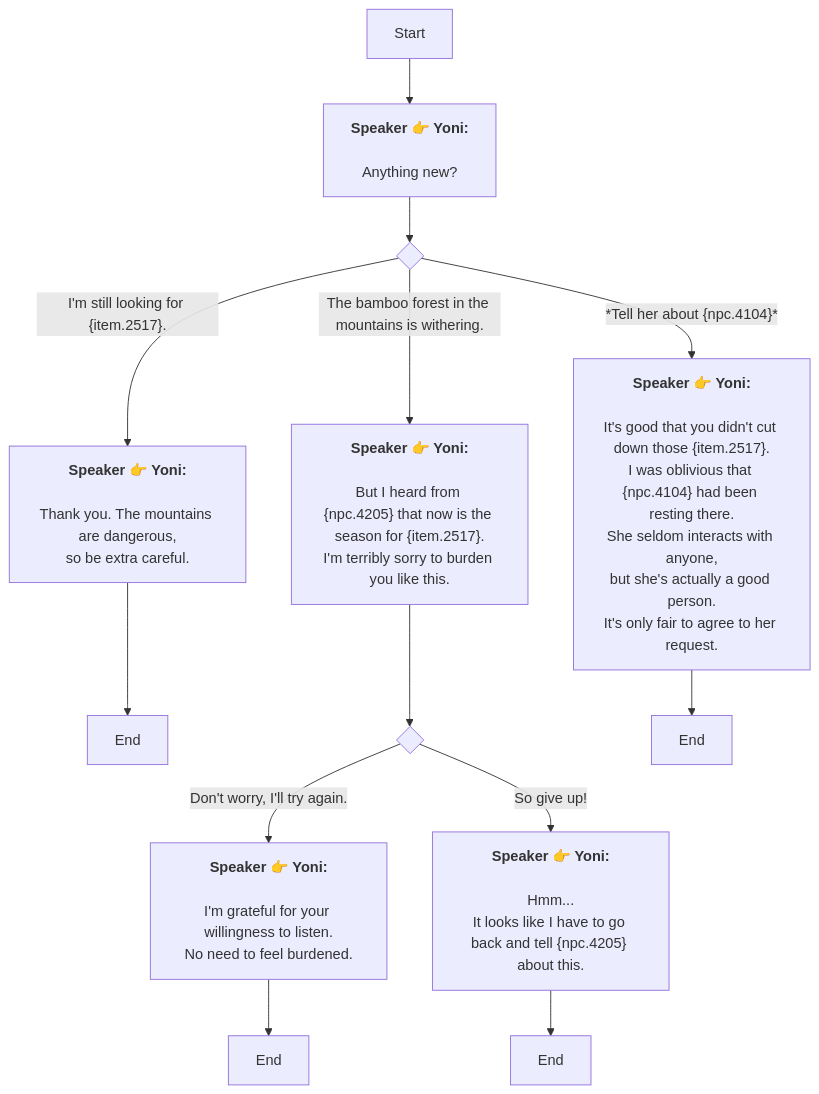
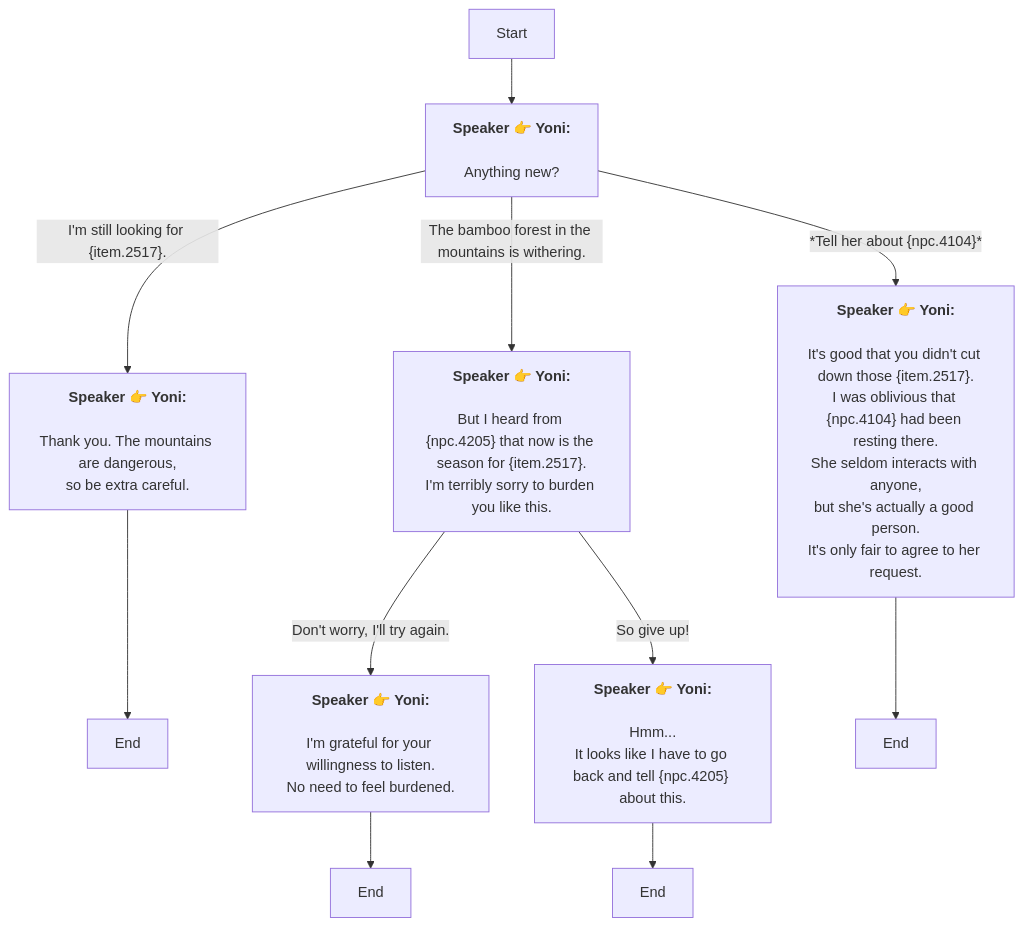
The diagram in En/AddDialogNode_1738348779293777.md (SoftHu/tos_avg), drawn with Mermaid before and after one commit. The commit also changed 737 other files, not shown here.

````diff
--- a/En/AddDialogNode_1738348779293777.md
+++ b/En/AddDialogNode_1738348779293777.md
@@ -1,36 +1,27 @@
 ```mermaid
 graph
 Start -->1738348833099860[<b>Speaker 👉 Yoni:</b>
-
-Anything new?]
-1738348833099860 -->1738348880707669{ }
-1738348880707669 -->|I'm still looking for &lbrace;item.2517&rbrace;.|1738348979936349[<b>Speaker 👉 Yoni:</b>
-
-Thank you. The mountains are dangerous,
+\nAnything new?]
+1738348833099860 -->|I'm still looking for &lbrace;item.2517&rbrace;.|1738348979936349[<b>Speaker 👉 Yoni:</b>
+\nThank you. The mountains are dangerous,
 so be extra careful.]
-1738348880707669 -->|The bamboo forest in the mountains is withering.|1738349001966686[<b>Speaker 👉 Yoni:</b>
-
-But I heard from &lbrace;npc.4205&rbrace; that now is the season for &lbrace;item.2517&rbrace;.
+1738348833099860 -->|The bamboo forest in the mountains is withering.|1738349001966686[<b>Speaker 👉 Yoni:</b>
+\nBut I heard from &lbrace;npc.4205&rbrace; that now is the season for &lbrace;item.2517&rbrace;.
 I'm terribly sorry to burden you like this.]
-1738348880707669 -->|*Tell her about &lbrace;npc.4104&rbrace;*|1738349398028394[<b>Speaker 👉 Yoni:</b>
-
-It's good that you didn't cut down those &lbrace;item.2517&rbrace;.
-I was oblivious that &lbrace;npc.4104&rbrace; had been resting there.
-She seldom interacts with anyone,
+1738348833099860 -->|*Tell her about &lbrace;npc.4104&rbrace;*|1738349398028394[<b>Speaker 👉 Yoni:</b>
+\nIt's good that you didn't cut down those &lbrace;item.2517&rbrace;.
+I was oblivious that &lbrace;npc.4104&rbrace; had been resting there.\nShe seldom interacts with anyone,
 but she's actually a good person.
 It's only fair to agree to her request.]
 1738348979936349 -->1738348976503900[End]
-1738349001966686 -->1738349234446431{ }
-1738349234446431 -->|Don't worry, I'll try again.|1738349259369572[<b>Speaker 👉 Yoni:</b>
-
-I'm grateful for your willingness to listen.
+1738349001966686 -->|Don't worry, I'll try again.|1738349259369572[<b>Speaker 👉 Yoni:</b>
+\nI'm grateful for your willingness to listen.
 No need to feel burdened.]
-1738349234446431 -->|So give up!|1738349292239974[<b>Speaker 👉 Yoni:</b>
-
-Hmm...
+1738349001966686 -->|So give up!|1738349292239974[<b>Speaker 👉 Yoni:</b>
+\nHmm...
 It looks like I have to go back and tell &lbrace;npc.4205&rbrace; about this.]
 1738349259369572 -->1738349286012005[End]
 1738349292239974 -->1738349386865769[End]
 1738349398028394 -->1738349437010027[End]
 
- ```
+```
````
